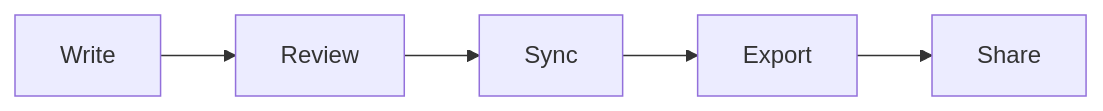
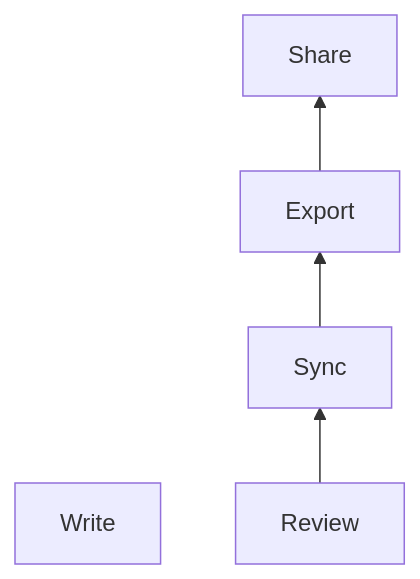
The diagram in blocks/05-product-workflow.md (NikkiAsteinza/nima-editor-samples), drawn with Mermaid before and after one commit. The commit also changed other lines of this file and 15 other files, not shown here.

````diff
--- a/blocks/05-product-workflow.md
+++ b/blocks/05-product-workflow.md
@@ -9,7 +9,11 @@
 ```mermaid
-flowchart LR
-    A[Write] --> B[Review]
-    B --> C[Sync]
-    C --> D[Export]
-    D --> E[Share]
+flowchart BT
+    A[Write]
+    B[Review]
+    C[Sync]
+    D[Export]
+    E[Share]
+    B --> C
+    C --> D
+    D --> E
 ```
````
